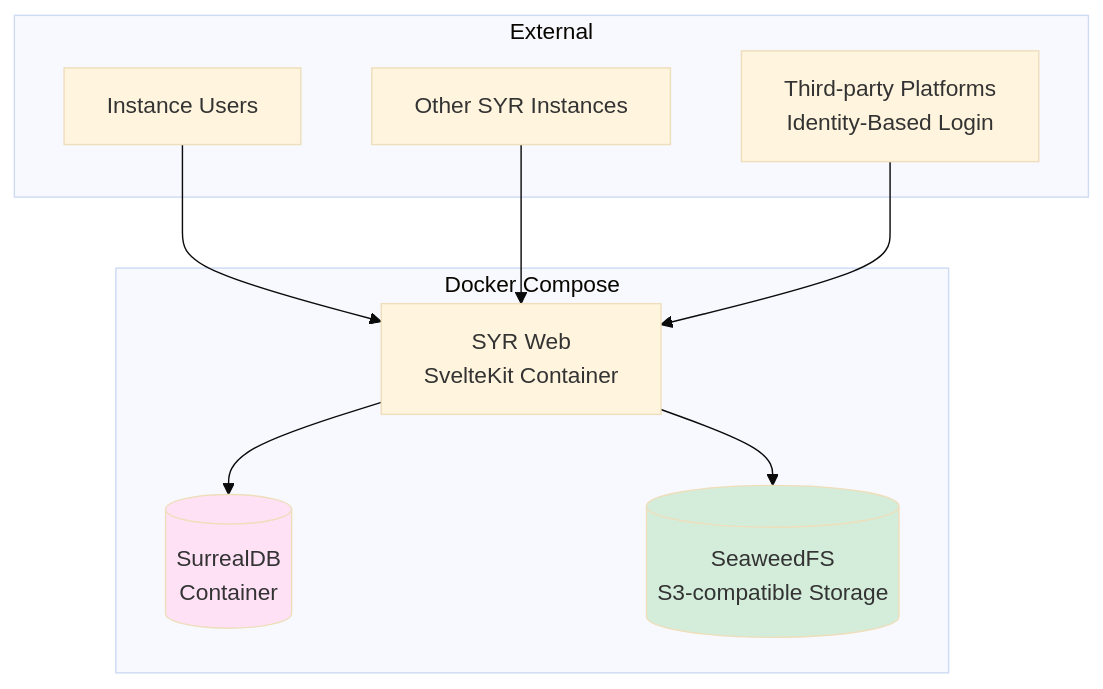
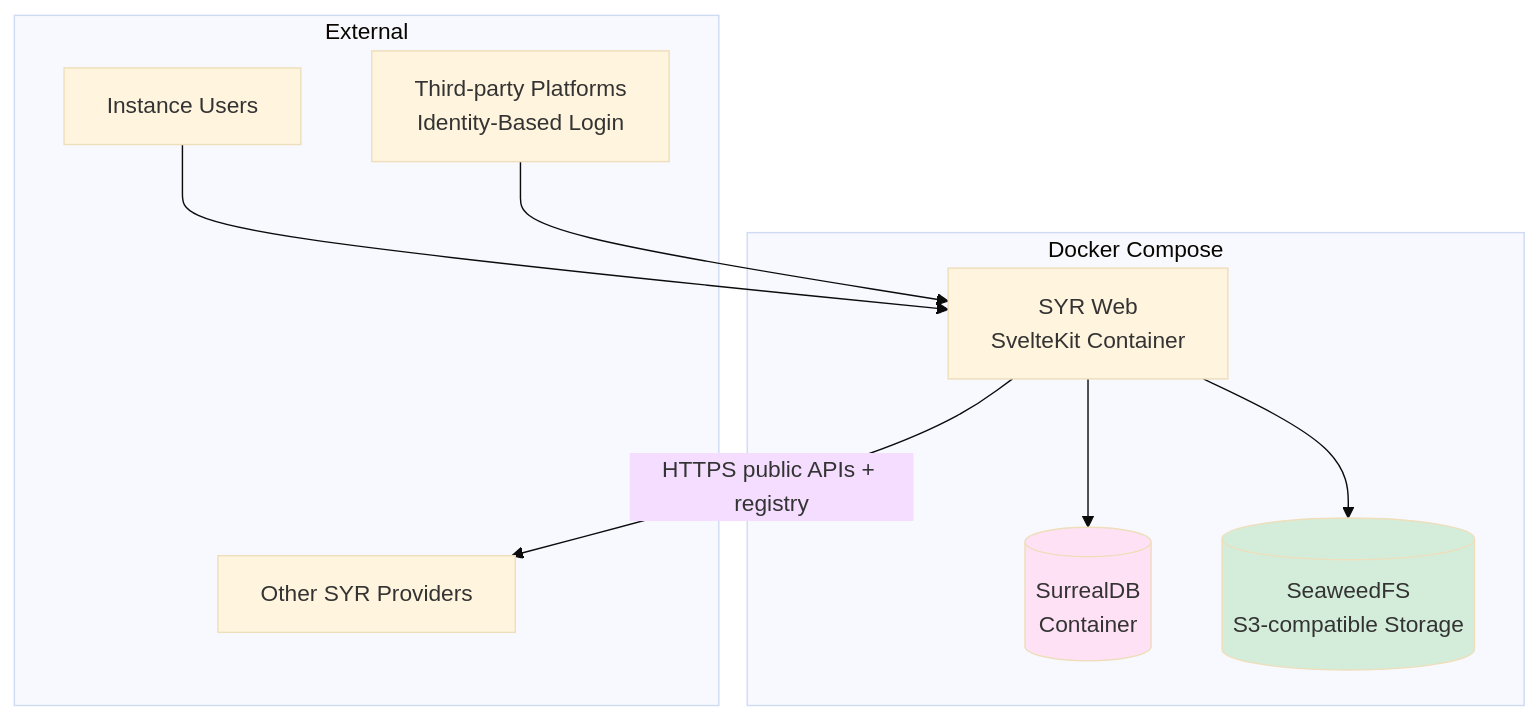
Diagram 13 of 17 in Architecture.md (syr-is/syr), drawn with Mermaid (base theme) before and after one commit. The commit also changed other lines of this file and 62 other files, not shown here.

````diff
--- a/Architecture.md
+++ b/Architecture.md
@@ -591,23 +515,23 @@
 ```mermaid
 graph TB
     subgraph "Docker Compose"
         Web[SYR Web<br/>SvelteKit Container]
         DB[(SurrealDB<br/>Container)]
         S3[(SeaweedFS<br/>S3-compatible Storage)]
     end
 
     subgraph "External"
         Users[Instance Users]
-        Federation[Other SYR Instances]
+        PeerProviders[Other SYR Providers]
         ThirdParty[Third-party Platforms<br/>Identity-Based Login]
     end
 
     Users --> Web
-    Federation --> Web
+    Web -->|"HTTPS public APIs + registry"| PeerProviders
     ThirdParty --> Web
     Web --> DB
     Web --> S3
 
     style DB fill:#ffe1f5
     style S3 fill:#d4edda
 ```
````
